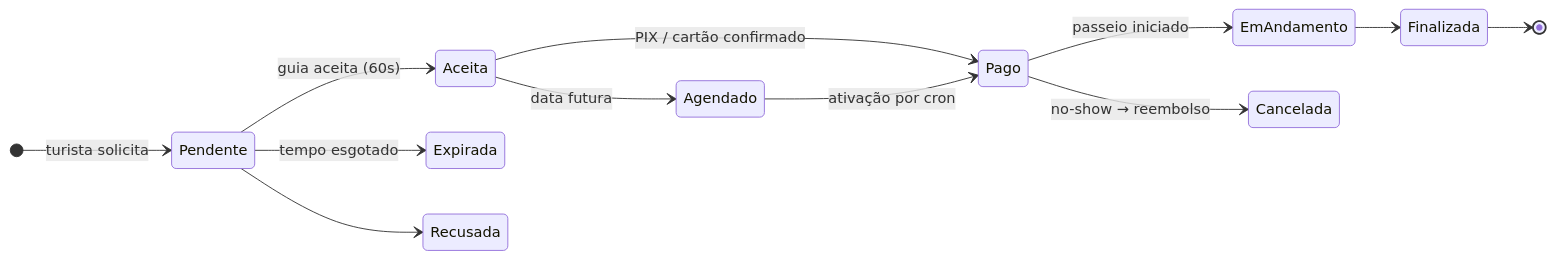
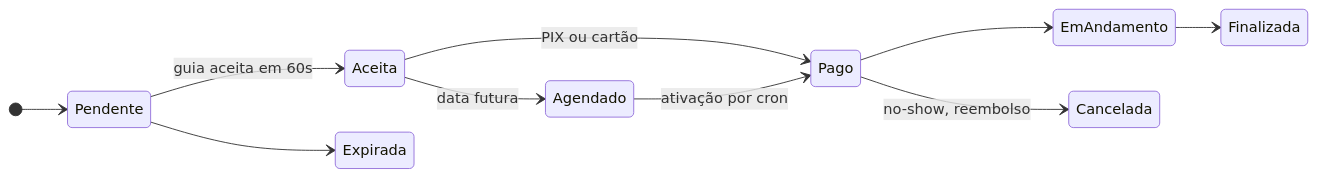
Before and after one commit to vanngilha/vanngilha: the second of 2 diagrams in README.md, drawn with Mermaid. The commit also changed other lines of this file, not shown here.

````diff
--- a/README.md
+++ b/README.md
@@ -150,15 +80,13 @@
 ```mermaid
 stateDiagram-v2
     direction LR
-    [*] --> Pendente: turista solicita
-    Pendente --> Aceita: guia aceita (60s)
-    Pendente --> Expirada: tempo esgotado
-    Pendente --> Recusada
-    Aceita --> Pago: PIX / cartão confirmado
+    [*] --> Pendente
+    Pendente --> Aceita: guia aceita em 60s
+    Pendente --> Expirada
+    Aceita --> Pago: PIX ou cartão
     Aceita --> Agendado: data futura
     Agendado --> Pago: ativação por cron
-    Pago --> EmAndamento: passeio iniciado
+    Pago --> EmAndamento
     EmAndamento --> Finalizada
-    Pago --> Cancelada: no-show → reembolso
-    Finalizada --> [*]
+    Pago --> Cancelada: no-show, reembolso
 ```
````
